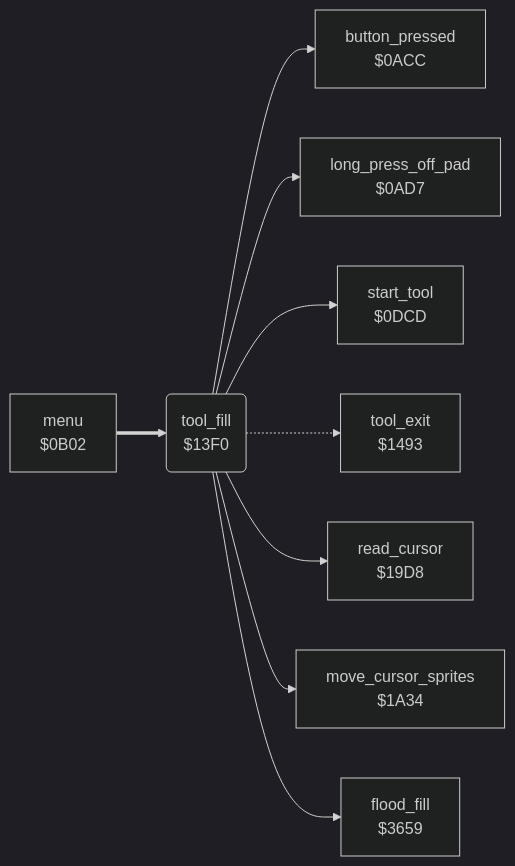
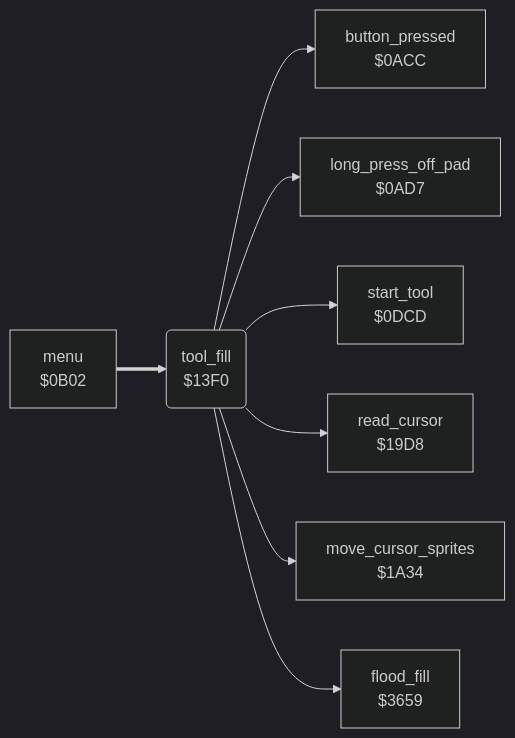
Before and after one commit to henols/c64_games: the diagram in koala_painter/v1/docs/reference/modules/tools/fill_tool.md, drawn with Mermaid (dark theme). The commit also changed other lines of this file and 1100 other files, not shown here.

````diff
--- a/koala_painter/v1/docs/reference/modules/tools/fill_tool.md
+++ b/koala_painter/v1/docs/reference/modules/tools/fill_tool.md
@@ -10,20 +16,18 @@
 ```mermaid
 flowchart LR
   n0acc["button_pressed<br/>$0ACC"]
   n0ad7["long_press_off_pad<br/>$0AD7"]
   n0b02["menu<br/>$0B02"]
   n0dcd["start_tool<br/>$0DCD"]
   n13f0("tool_fill<br/>$13F0")
-  n1493["tool_exit<br/>$1493"]
   n19d8["read_cursor<br/>$19D8"]
   n1a34["move_cursor_sprites<br/>$1A34"]
   n3659["flood_fill<br/>$3659"]
   n0b02 ==> n13f0
   n13f0 --> n0acc
   n13f0 --> n0ad7
   n13f0 --> n0dcd
-  n13f0 -.-> n1493
   n13f0 --> n19d8
   n13f0 --> n1a34
   n13f0 --> n3659
 ```
````
